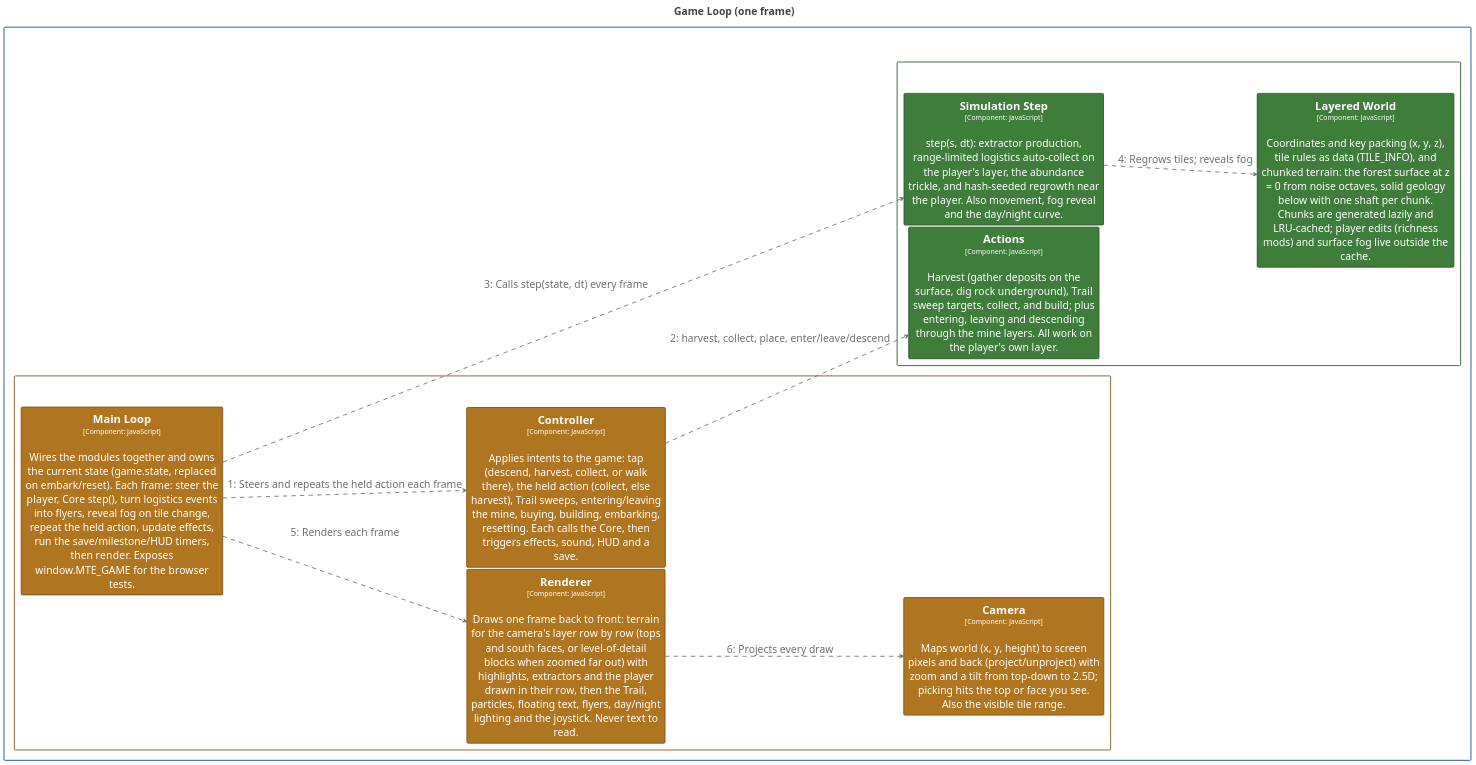
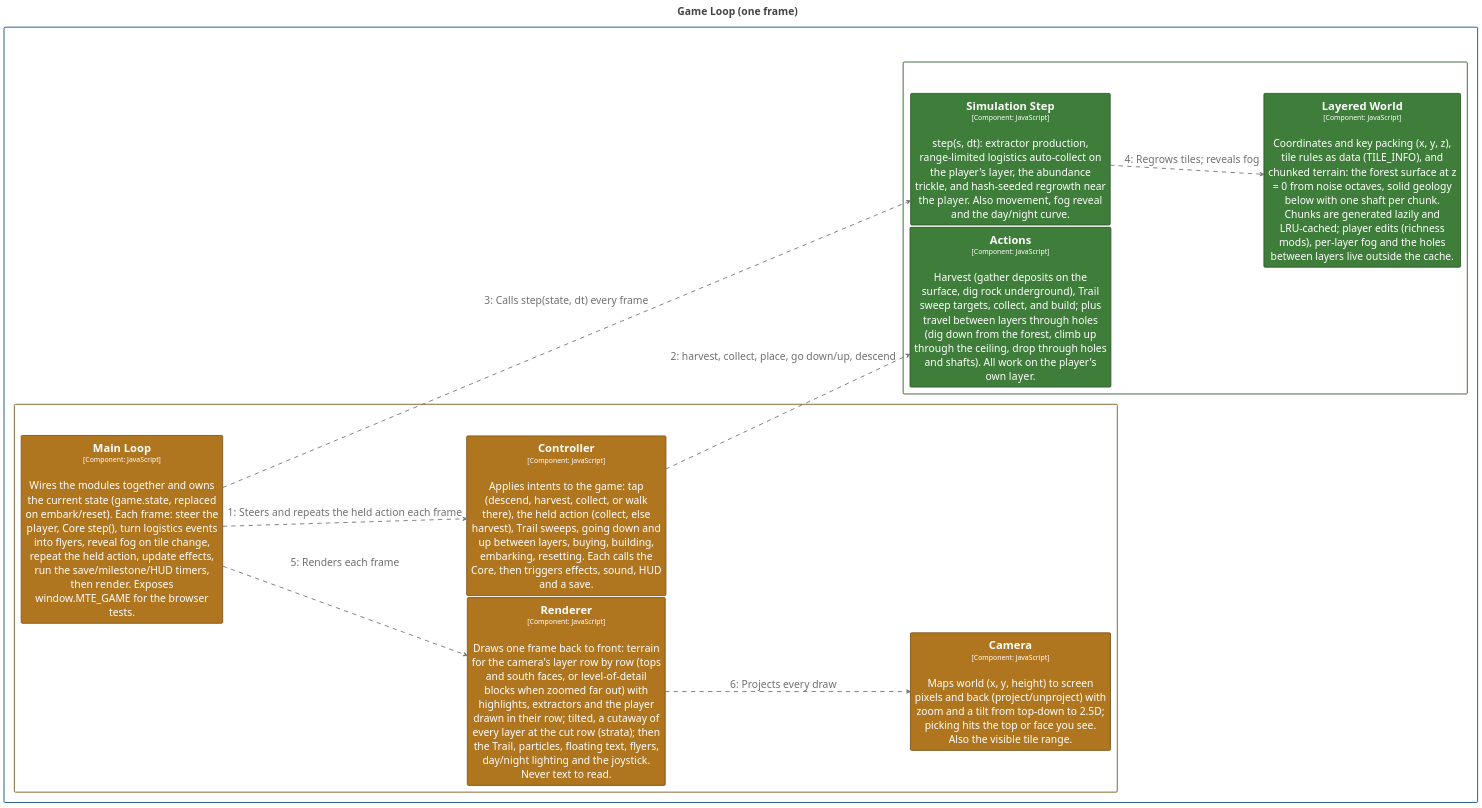
One commit to bitkojine/more-than-enough changed the diagram in structurizr/diagrams/GameLoop.puml. Above: the diagram before and after it, drawn with PlantUML. The commit also changed 34 other files, not shown here.

First line of the commit message:
v0.22.0: holes between layers, mine fog, layer cutaway

```diff
--- a/structurizr/diagrams/GameLoop.puml
+++ b/structurizr/diagrams/GameLoop.puml
@@ -2,106 +2,106 @@
 @startuml
 title <size:24>Game Loop (one frame)</size>
 
 set separator none
 left to right direction
 skinparam ranksep 20
 skinparam nodesep 5
 hide stereotype
 
 <style>
   root {
     BackgroundColor: #ffffff;
     FontColor: #444444;
   }
   // Element,Component,Core Engine
   .Element-RWxlbWVudCxDb21wb25lbnQsQ29yZSBFbmdpbmU= {
     BackgroundColor: #3f7d3a;
     LineColor: #2c5728;
     LineStyle: 0;
     LineThickness: 2;
     FontColor: #ffffff;
     FontSize: 24;
     HorizontalAlignment: center;
     Shadowing: 0;
     MaximumWidth: 450;
   }
   // Element,Component,Presentation
   .Element-RWxlbWVudCxDb21wb25lbnQsUHJlc2VudGF0aW9u {
     BackgroundColor: #b0761f;
     LineColor: #7b5215;
     LineStyle: 0;
     LineThickness: 2;
     FontColor: #ffffff;
     FontSize: 24;
     HorizontalAlignment: center;
     Shadowing: 0;
     MaximumWidth: 450;
   }
   // Relationship
   .Relationship-UmVsYXRpb25zaGlw {
     LineThickness: 2;
     LineStyle: 10-10;
     LineColor: #707070;
     FontColor: #707070;
     FontSize: 24;
     MaximumWidth: 200;
   }
   // MORE THAN ENOUGH
   .Boundary-TU9SRSBUSEFOIEVOT1VHSA== {
     BackgroundColor: #ffffff;
     LineColor: #0b4884;
     LineStyle: 0;
     LineThickness: 2;
     FontColor: #ffffff;
     FontSize: 24;
     HorizontalAlignment: center;
     Shadowing: 0;
   }
   // Simulation Core
   .Boundary-U2ltdWxhdGlvbiBDb3Jl {
     BackgroundColor: #ffffff;
     LineColor: #2c5728;
     LineStyle: 0;
     LineThickness: 2;
     FontColor: #ffffff;
     FontSize: 24;
     HorizontalAlignment: center;
     Shadowing: 0;
   }
   // Web Application
   .Boundary-V2ViIEFwcGxpY2F0aW9u {
     BackgroundColor: #ffffff;
     LineColor: #7b5215;
     LineStyle: 0;
     LineThickness: 2;
     FontColor: #ffffff;
     FontSize: 24;
     HorizontalAlignment: center;
     Shadowing: 0;
   }
 </style>
 
 rectangle "MORE THAN ENOUGH\n<size:16>[Software System]</size>" <<Boundary-TU9SRSBUSEFOIEVOT1VHSA==>> {
   rectangle "Simulation Core\n<size:16>[Container: JavaScript modules (browser + Node)]</size>" <<Boundary-U2ltdWxhdGlvbiBDb3Jl>> {
-    rectangle "==Layered World\n<size:16>[Component: JavaScript]</size>\n\nCoordinates and key packing (x, y, z), tile rules as data (TILE_INFO), and chunked terrain: the forest surface at z = 0 from noise octaves, solid geology below with one shaft per chunk. Chunks are generated lazily and LRU-cached; player edits (richness mods) and surface fog live outside the cache." <<Element-RWxlbWVudCxDb21wb25lbnQsQ29yZSBFbmdpbmU=>> as MORETHANENOUGH.SimulationCore.LayeredWorld
+    rectangle "==Layered World\n<size:16>[Component: JavaScript]</size>\n\nCoordinates and key packing (x, y, z), tile rules as data (TILE_INFO), and chunked terrain: the forest surface at z = 0 from noise octaves, solid geology below with one shaft per chunk. Chunks are generated lazily and LRU-cached; player edits (richness mods), per-layer fog and the holes between layers live outside the cache." <<Element-RWxlbWVudCxDb21wb25lbnQsQ29yZSBFbmdpbmU=>> as MORETHANENOUGH.SimulationCore.LayeredWorld
     rectangle "==Simulation Step\n<size:16>[Component: JavaScript]</size>\n\nstep(s, dt): extractor production, range-limited logistics auto-collect on the player's layer, the abundance trickle, and hash-seeded regrowth near the player. Also movement, fog reveal and the day/night curve." <<Element-RWxlbWVudCxDb21wb25lbnQsQ29yZSBFbmdpbmU=>> as MORETHANENOUGH.SimulationCore.SimulationStep
-    rectangle "==Actions\n<size:16>[Component: JavaScript]</size>\n\nHarvest (gather deposits on the surface, dig rock underground), Trail sweep targets, collect, and build; plus entering, leaving and descending through the mine layers. All work on the player's own layer." <<Element-RWxlbWVudCxDb21wb25lbnQsQ29yZSBFbmdpbmU=>> as MORETHANENOUGH.SimulationCore.Actions
+    rectangle "==Actions\n<size:16>[Component: JavaScript]</size>\n\nHarvest (gather deposits on the surface, dig rock underground), Trail sweep targets, collect, and build; plus travel between layers through holes (dig down from the forest, climb up through the ceiling, drop through holes and shafts). All work on the player's own layer." <<Element-RWxlbWVudCxDb21wb25lbnQsQ29yZSBFbmdpbmU=>> as MORETHANENOUGH.SimulationCore.Actions
   }
 
   rectangle "Web Application\n<size:16>[Container: HTML/CSS/JavaScript modules]</size>" <<Boundary-V2ViIEFwcGxpY2F0aW9u>> {
     rectangle "==Main Loop\n<size:16>[Component: JavaScript]</size>\n\nWires the modules together and owns the current state (game.state, replaced on embark/reset). Each frame: steer the player, Core step(), turn logistics events into flyers, reveal fog on tile change, repeat the held action, update effects, run the save/milestone/HUD timers, then render. Exposes window.MTE_GAME for the browser tests." <<Element-RWxlbWVudCxDb21wb25lbnQsUHJlc2VudGF0aW9u>> as MORETHANENOUGH.WebApplication.MainLoop
-    rectangle "==Controller\n<size:16>[Component: JavaScript]</size>\n\nApplies intents to the game: tap (descend, harvest, collect, or walk there), the held action (collect, else harvest), Trail sweeps, entering/leaving the mine, buying, building, embarking, resetting. Each calls the Core, then triggers effects, sound, HUD and a save." <<Element-RWxlbWVudCxDb21wb25lbnQsUHJlc2VudGF0aW9u>> as MORETHANENOUGH.WebApplication.Controller
+    rectangle "==Controller\n<size:16>[Component: JavaScript]</size>\n\nApplies intents to the game: tap (descend, harvest, collect, or walk there), the held action (collect, else harvest), Trail sweeps, going down and up between layers, buying, building, embarking, resetting. Each calls the Core, then triggers effects, sound, HUD and a save." <<Element-RWxlbWVudCxDb21wb25lbnQsUHJlc2VudGF0aW9u>> as MORETHANENOUGH.WebApplication.Controller
     rectangle "==Camera\n<size:16>[Component: JavaScript]</size>\n\nMaps world (x, y, height) to screen pixels and back (project/unproject) with zoom and a tilt from top-down to 2.5D; picking hits the top or face you see. Also the visible tile range." <<Element-RWxlbWVudCxDb21wb25lbnQsUHJlc2VudGF0aW9u>> as MORETHANENOUGH.WebApplication.Camera
-    rectangle "==Renderer\n<size:16>[Component: JavaScript]</size>\n\nDraws one frame back to front: terrain for the camera's layer row by row (tops and south faces, or level-of-detail blocks when zoomed far out) with highlights, extractors and the player drawn in their row, then the Trail, particles, floating text, flyers, day/night lighting and the joystick. Never text to read." <<Element-RWxlbWVudCxDb21wb25lbnQsUHJlc2VudGF0aW9u>> as MORETHANENOUGH.WebApplication.Renderer
+    rectangle "==Renderer\n<size:16>[Component: JavaScript]</size>\n\nDraws one frame back to front: terrain for the camera's layer row by row (tops and south faces, or level-of-detail blocks when zoomed far out) with highlights, extractors and the player drawn in their row; tilted, a cutaway of every layer at the cut row (strata); then the Trail, particles, floating text, flyers, day/night lighting and the joystick. Never text to read." <<Element-RWxlbWVudCxDb21wb25lbnQsUHJlc2VudGF0aW9u>> as MORETHANENOUGH.WebApplication.Renderer
   }
 
 }
 
 MORETHANENOUGH.WebApplication.MainLoop --> MORETHANENOUGH.WebApplication.Controller <<Relationship-UmVsYXRpb25zaGlw>> : "1: Steers and repeats the held action each frame"
-MORETHANENOUGH.WebApplication.Controller --> MORETHANENOUGH.SimulationCore.Actions <<Relationship-UmVsYXRpb25zaGlw>> : "2: harvest, collect, place, enter/leave/descend"
+MORETHANENOUGH.WebApplication.Controller --> MORETHANENOUGH.SimulationCore.Actions <<Relationship-UmVsYXRpb25zaGlw>> : "2: harvest, collect, place, go down/up, descend"
 MORETHANENOUGH.WebApplication.MainLoop --> MORETHANENOUGH.SimulationCore.SimulationStep <<Relationship-UmVsYXRpb25zaGlw>> : "3: Calls step(state, dt) every frame"
 MORETHANENOUGH.SimulationCore.SimulationStep --> MORETHANENOUGH.SimulationCore.LayeredWorld <<Relationship-UmVsYXRpb25zaGlw>> : "4: Regrows tiles; reveals fog"
 MORETHANENOUGH.WebApplication.MainLoop --> MORETHANENOUGH.WebApplication.Renderer <<Relationship-UmVsYXRpb25zaGlw>> : "5: Renders each frame"
 MORETHANENOUGH.WebApplication.Renderer --> MORETHANENOUGH.WebApplication.Camera <<Relationship-UmVsYXRpb25zaGlw>> : "6: Projects every draw"
 
 @enduml
```
